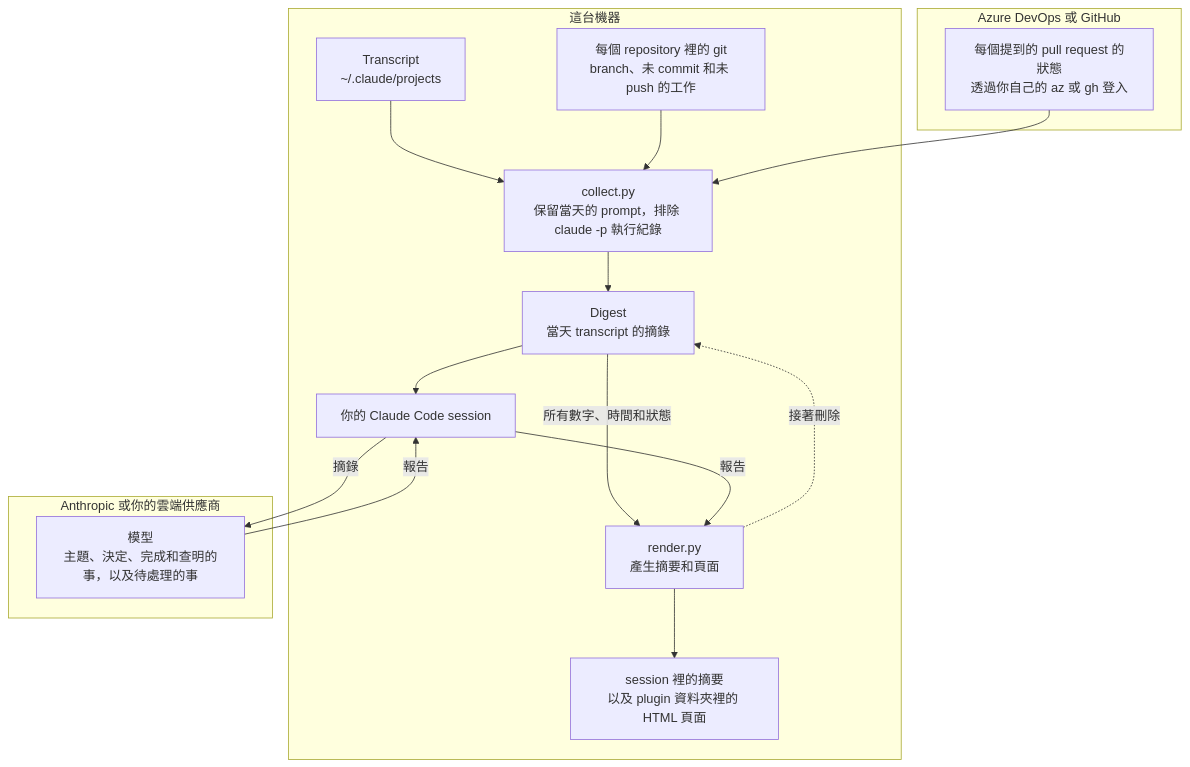
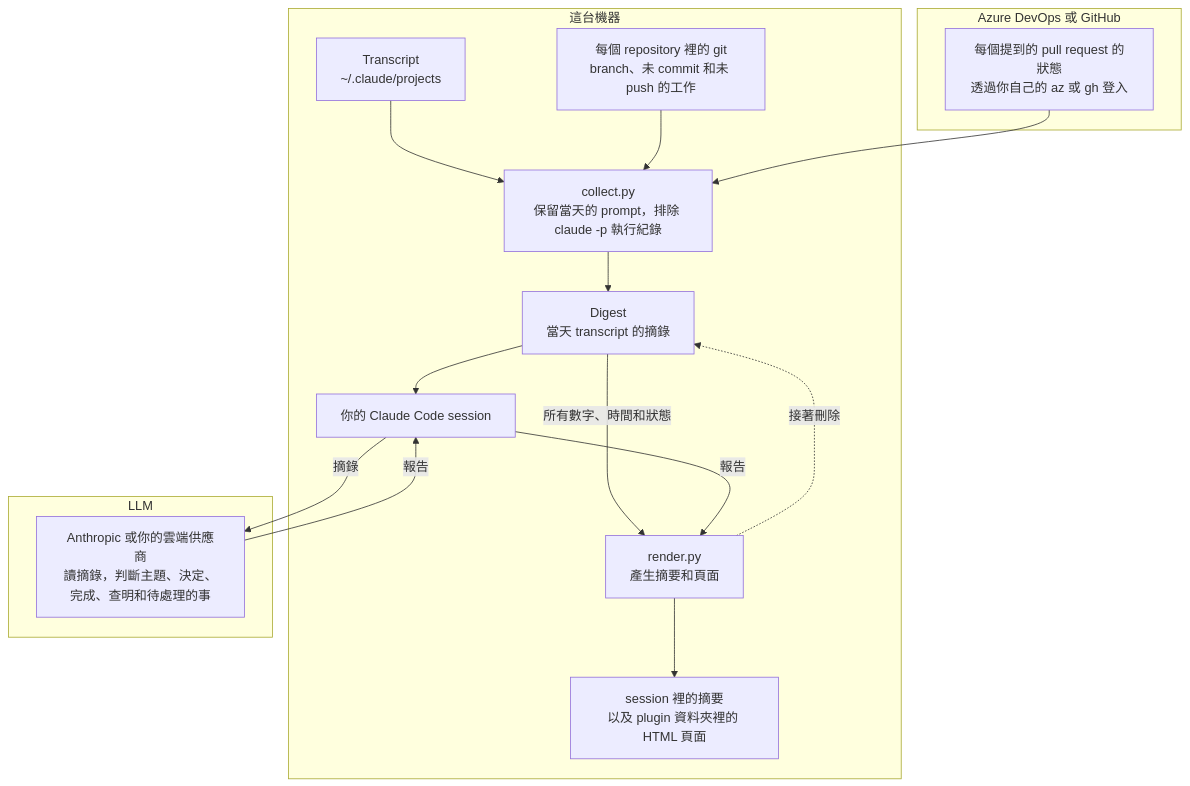
Before and after one commit to softwareone-platform/tundra: the diagram in plugins/remind-me/README.zh-TW.md, drawn with Mermaid. The commit also changed other lines of this file and 2 other files, not shown here.

Commit message:
name the LLM in remind-me's README diagram

````diff
--- a/plugins/remind-me/README.zh-TW.md
+++ b/plugins/remind-me/README.zh-TW.md
@@ -41,22 +41,22 @@
 ```mermaid
 flowchart TB
     subgraph machine["這台機器"]
         transcripts["Transcript<br>~/.claude/projects"] --> collect
         git["每個 repository 裡的 git<br>branch、未 commit 和未 push 的工作"] --> collect
         collect["collect.py<br>保留當天的 prompt，排除 claude -p 執行紀錄"] --> digest["Digest<br>當天 transcript 的摘錄"]
         digest --> session["你的 Claude Code session"]
         digest -- 所有數字、時間和狀態 --> render["render.py<br>產生摘要和頁面"]
         session -- 報告 --> render
         render --> page["session 裡的摘要<br>以及 plugin 資料夾裡的 HTML 頁面"]
         render -. 接著刪除 .-> digest
     end
-    subgraph provider["Anthropic 或你的雲端供應商"]
-        model["模型<br>主題、決定、完成和查明的事，以及待處理的事"]
+    subgraph provider["LLM"]
+        model["Anthropic 或你的雲端供應商<br>讀摘錄，判斷主題、決定、完成、查明和待處理的事"]
     end
     subgraph host["Azure DevOps 或 GitHub"]
         remote["每個提到的 pull request 的狀態<br>透過你自己的 az 或 gh 登入"]
     end
     session -- 摘錄 --> model
     model -- 報告 --> session
     remote --> collect
 ```
````
